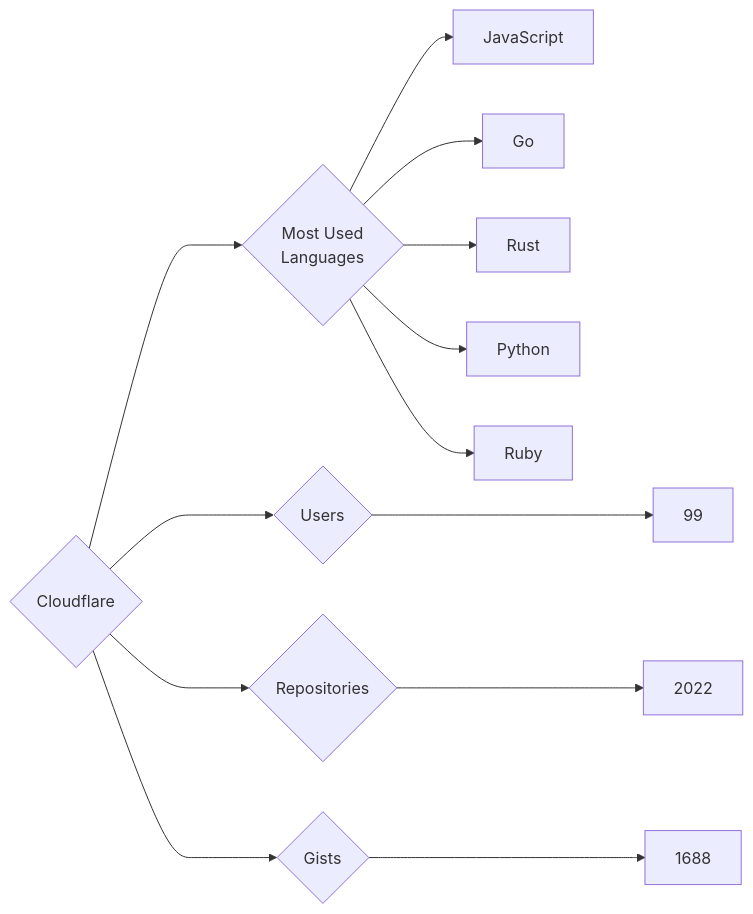
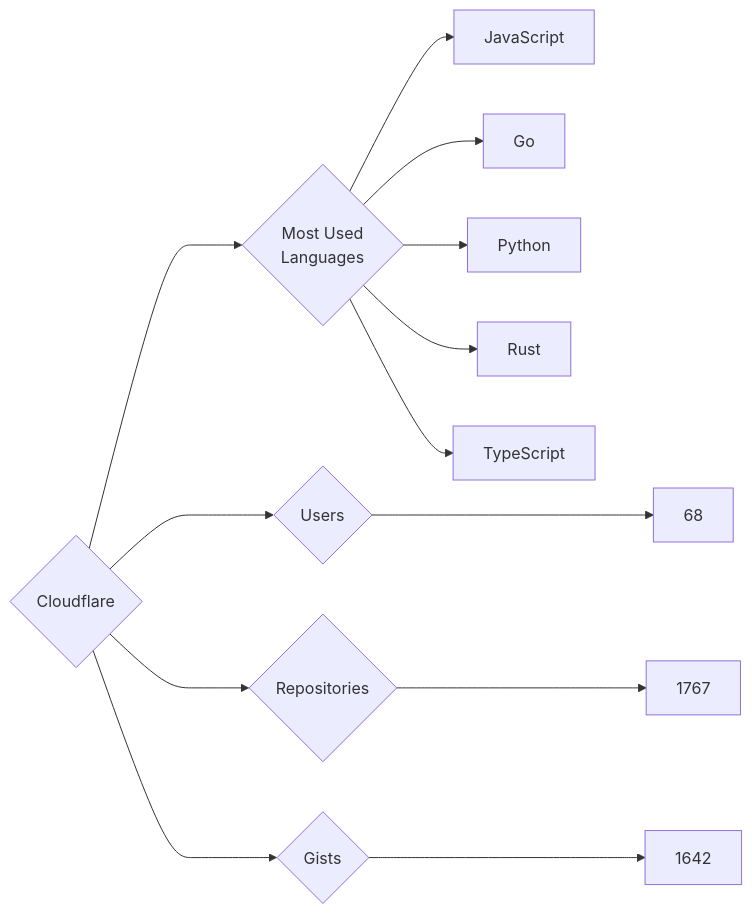
Before and after one commit to trickest/insiders: the diagram in targets/Cloudflare/README.md, drawn with Mermaid. The commit also changed 757 other files, not shown here.

````diff
--- a/targets/Cloudflare/README.md
+++ b/targets/Cloudflare/README.md
@@ -3,13 +3,13 @@
 ```mermaid
 graph LR
 COMPANY_NAME{Cloudflare}
-COMPANY_NAME ---> U{Users} ---> UN[99]
-COMPANY_NAME ---> R{Repositories} ---> RN[2022]
-COMPANY_NAME ---> G{Gists} ---> GN[1688]
+COMPANY_NAME ---> U{Users} ---> UN[68]
+COMPANY_NAME ---> R{Repositories} ---> RN[1767]
+COMPANY_NAME ---> G{Gists} ---> GN[1642]
 COMPANY_NAME ---> ML{Most Used<br>Languages}
 ML --> JavaScript[JavaScript]
 ML --> Go[Go]
+ML --> Python[Python]
 ML --> Rust[Rust]
-ML --> Python[Python]
-ML --> Ruby[Ruby]
+ML --> TypeScript[TypeScript]
 ```
````
